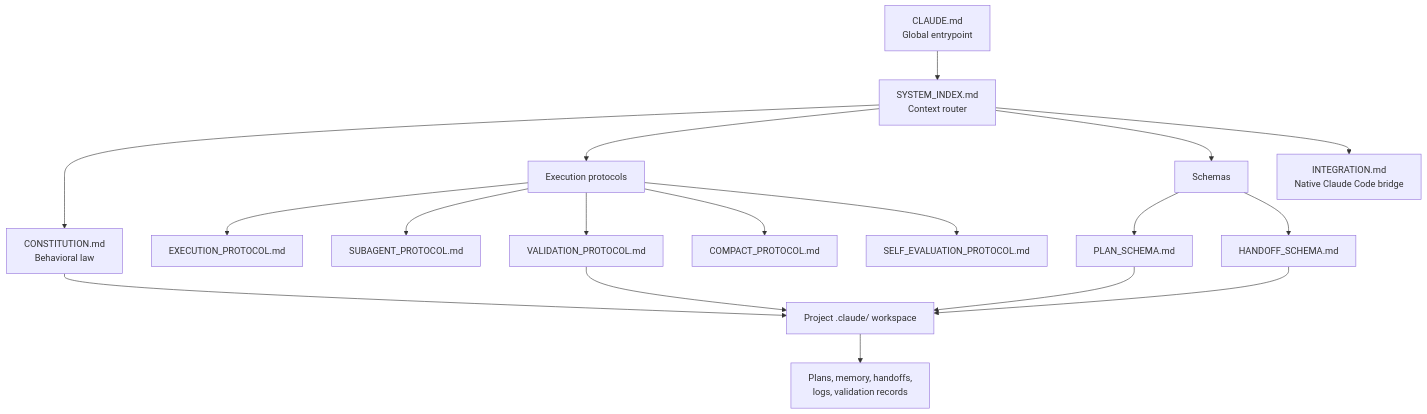
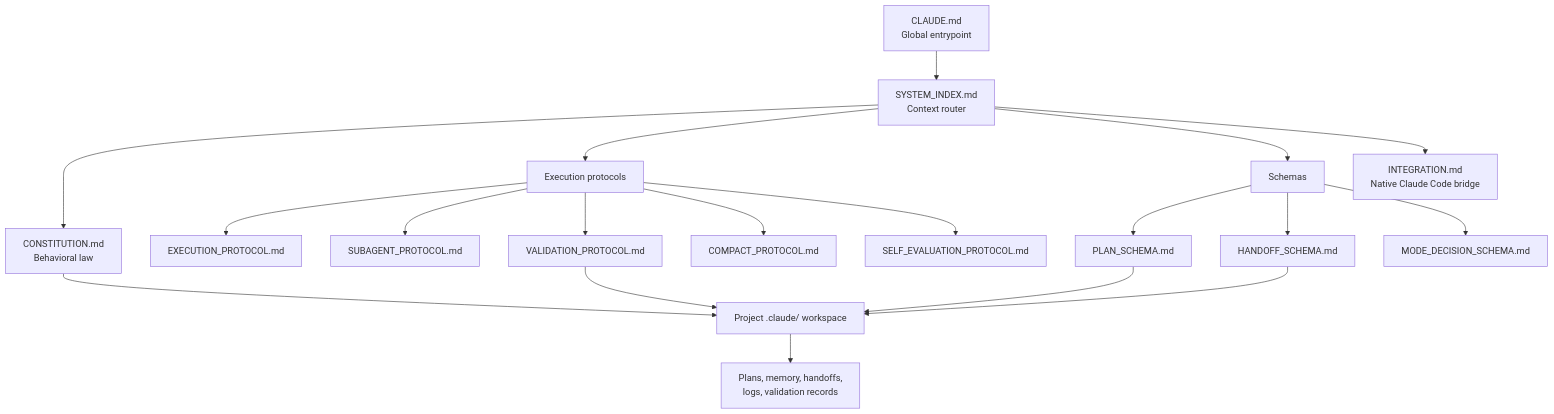
One commit to ZIONISREAL/Claude-Praxis changed the third of 5 diagrams in README.md. Above: the diagram before and after it, drawn with Mermaid. The commit also changed other lines of this file and 13 other files, not shown here.

````diff
--- a/README.md
+++ b/README.md
@@ -56,24 +204,25 @@
 ```mermaid
 flowchart TB
   Entry["CLAUDE.md<br/>Global entrypoint"] --> Router["SYSTEM_INDEX.md<br/>Context router"]
   Router --> Constitution["CONSTITUTION.md<br/>Behavioral law"]
   Router --> Protocols["Execution protocols"]
   Router --> Schemas["Schemas"]
   Router --> Integration["INTEGRATION.md<br/>Native Claude Code bridge"]
 
   Protocols --> Exec["EXECUTION_PROTOCOL.md"]
   Protocols --> Subagents["SUBAGENT_PROTOCOL.md"]
   Protocols --> Validation["VALIDATION_PROTOCOL.md"]
   Protocols --> Compact["COMPACT_PROTOCOL.md"]
   Protocols --> SelfEval["SELF_EVALUATION_PROTOCOL.md"]
 
   Schemas --> Plan["PLAN_SCHEMA.md"]
   Schemas --> Handoff["HANDOFF_SCHEMA.md"]
+  Schemas --> ModeDecision["MODE_DECISION_SCHEMA.md"]
 
   Constitution --> Workspace["Project .claude/ workspace"]
   Plan --> Workspace
   Handoff --> Workspace
   Validation --> Workspace
 
   Workspace --> Evidence["Plans, memory, handoffs,<br/>logs, validation records"]
 ```
````
